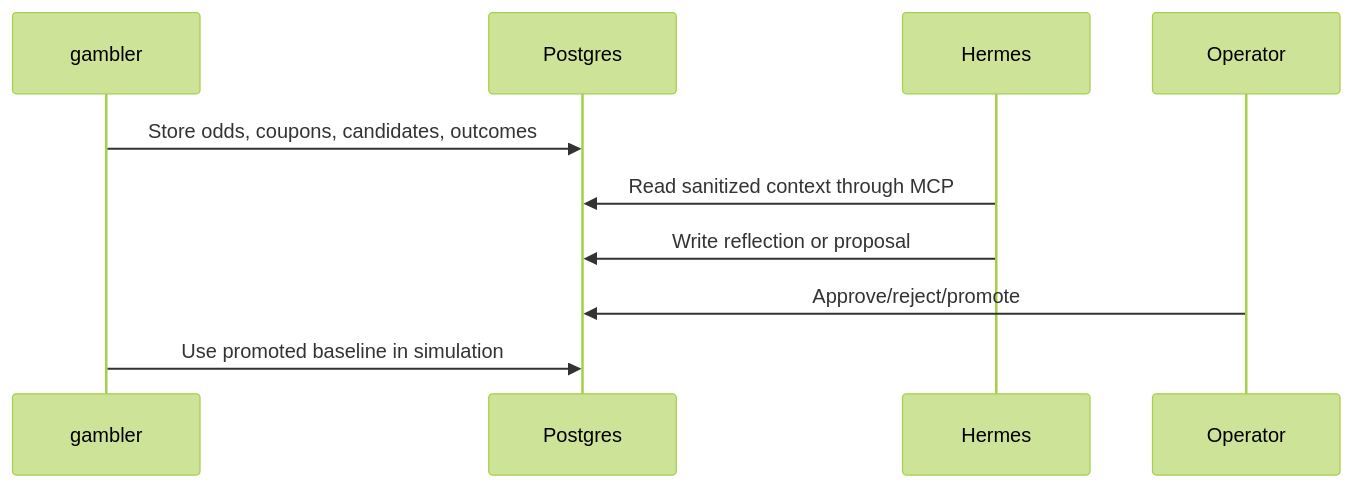
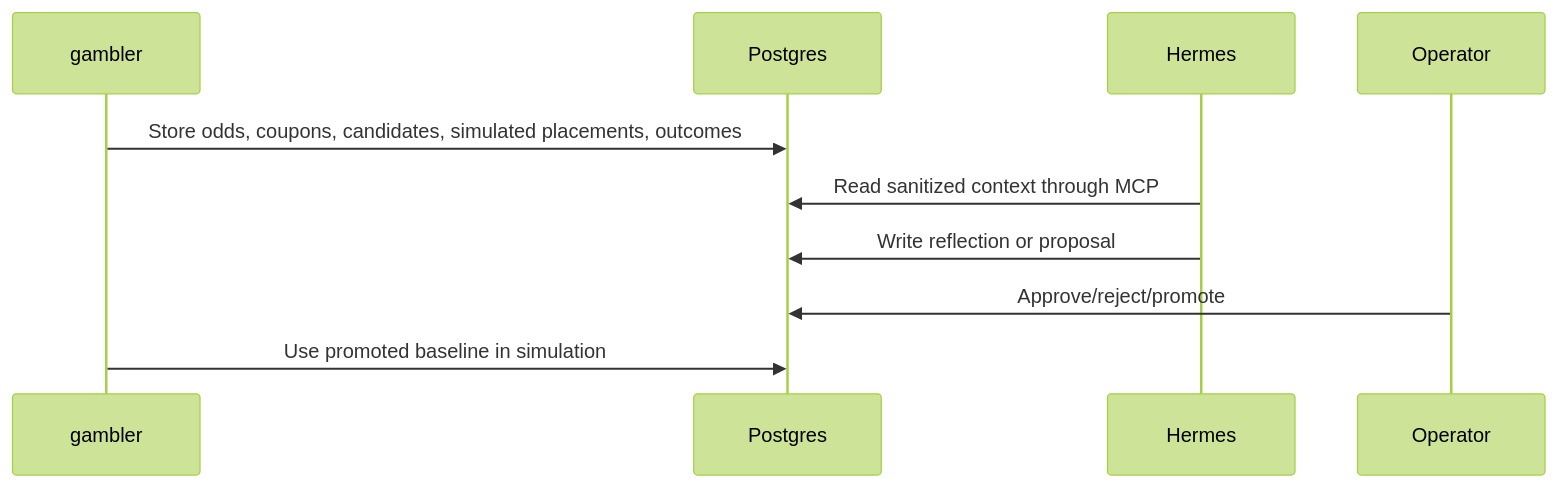
The diagram in wiki/concepts/hermes-gambler-loop.md (simonellefsen/danske-spil), drawn with Mermaid (forest theme) before and after one commit. The commit also changed other lines of this file and 12 other files, not shown here.

````diff
--- a/wiki/concepts/hermes-gambler-loop.md
+++ b/wiki/concepts/hermes-gambler-loop.md
@@ -38,13 +38,13 @@
 ```mermaid
 sequenceDiagram
   participant G as gambler
   participant DB as Postgres
   participant H as Hermes
   participant O as Operator
 
-  G->>DB: Store odds, coupons, candidates, outcomes
+  G->>DB: Store odds, coupons, candidates, simulated placements, outcomes
   H->>DB: Read sanitized context through MCP
   H->>DB: Write reflection or proposal
   O->>DB: Approve/reject/promote
   G->>DB: Use promoted baseline in simulation
 ```
````
